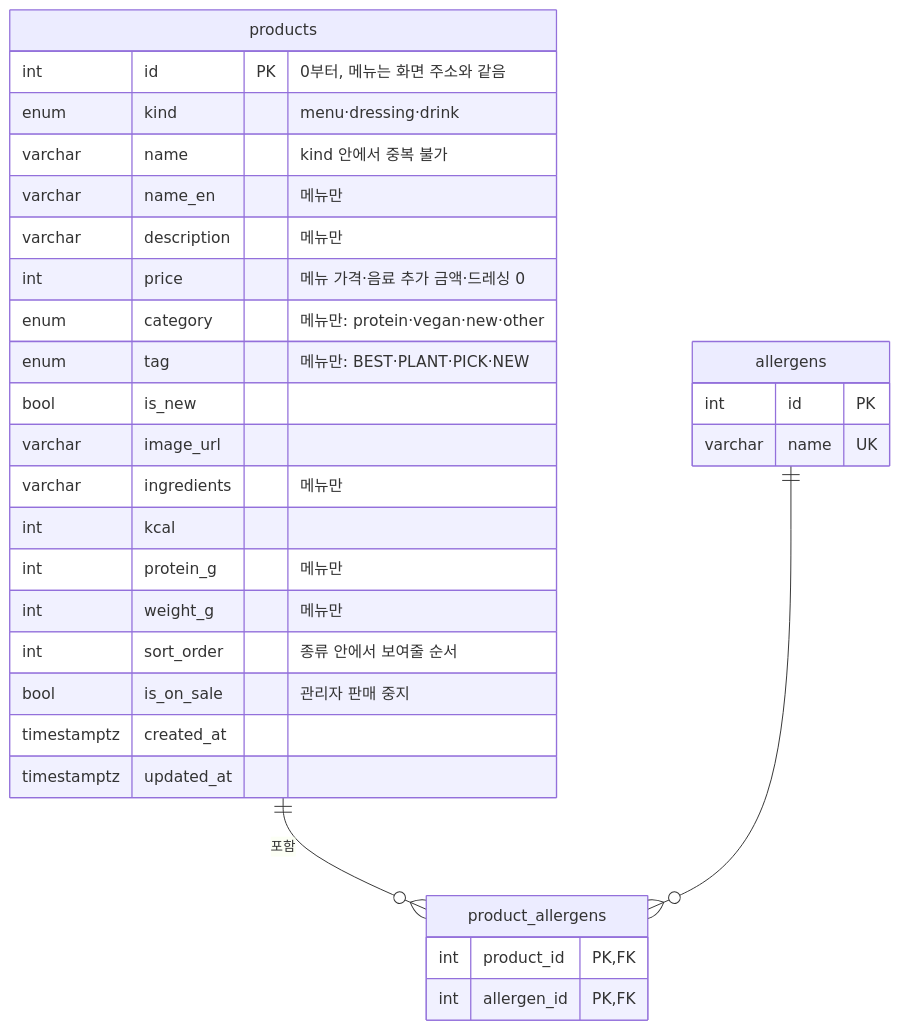
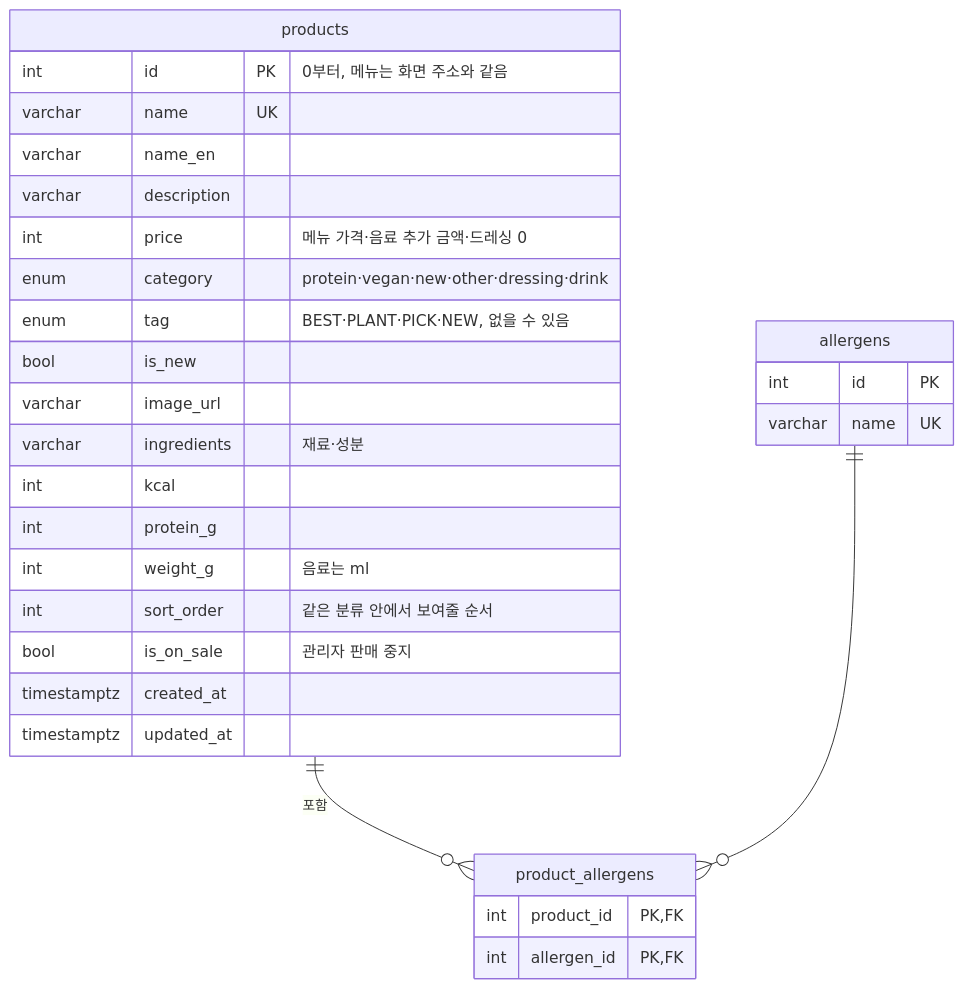
One commit to KANT-2/Front-5 changed the first of 2 diagrams in docs/db-design.md. Above: the diagram before and after it, drawn with Mermaid. The commit also changed other lines of this file and 2 other files, not shown here.

First line of the commit message:
refactor: kind 컬럼 제거, category 로 메뉴·드레싱·음료 구분하고 전 컬럼 NOT NULL

````diff
--- a/docs/db-design.md
+++ b/docs/db-design.md
@@ -16,34 +16,33 @@
 ```mermaid
 erDiagram
   products ||--o{ product_allergens : "포함"
   allergens ||--o{ product_allergens : ""
 
   products {
     int id PK "0부터, 메뉴는 화면 주소와 같음"
-    enum kind "menu·dressing·drink"
-    varchar name "kind 안에서 중복 불가"
-    varchar name_en "메뉴만"
-    varchar description "메뉴만"
+    varchar name UK
+    varchar name_en
+    varchar description
     int price "메뉴 가격·음료 추가 금액·드레싱 0"
-    enum category "메뉴만: protein·vegan·new·other"
-    enum tag "메뉴만: BEST·PLANT·PICK·NEW"
+    enum category "protein·vegan·new·other·dressing·drink"
+    enum tag "BEST·PLANT·PICK·NEW, 없을 수 있음"
     bool is_new
     varchar image_url
-    varchar ingredients "메뉴만"
+    varchar ingredients "재료·성분"
     int kcal
-    int protein_g "메뉴만"
-    int weight_g "메뉴만"
-    int sort_order "종류 안에서 보여줄 순서"
+    int protein_g
+    int weight_g "음료는 ml"
+    int sort_order "같은 분류 안에서 보여줄 순서"
     bool is_on_sale "관리자 판매 중지"
     timestamptz created_at
     timestamptz updated_at
   }
   allergens {
     int id PK
     varchar name UK
   }
   product_allergens {
     int product_id PK,FK
     int allergen_id PK,FK
   }
 ```
````
